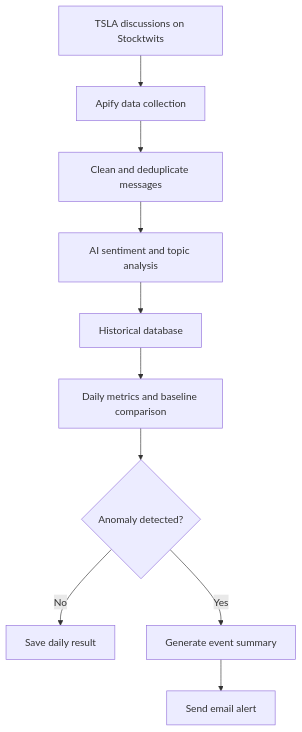
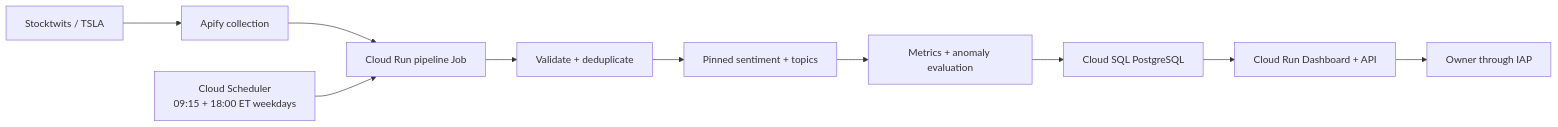
One commit to AndyChen227/StockPulse---V2 changed the first of 2 diagrams in README.md. Above: the diagram before and after it, drawn with Mermaid. The commit also changed other lines of this file and 8 other files, not shown here.

````diff
--- a/README.md
+++ b/README.md
@@ -55,12 +72,12 @@
 ```mermaid
-flowchart TD
-    A["TSLA discussions on Stocktwits"] --> B["Apify data collection"]
-    B --> C["Clean and deduplicate messages"]
-    C --> D["AI sentiment and topic analysis"]
-    D --> E["Historical database"]
-    E --> F["Daily metrics and baseline comparison"]
-    F --> G{"Anomaly detected?"}
-    G -- No --> H["Save daily result"]
-    G -- Yes --> I["Generate event summary"]
-    I --> J["Send email alert"]
+flowchart LR
+    A["Stocktwits / TSLA"] --> B["Apify collection"]
+    B --> C["Cloud Run pipeline Job"]
+    C --> D["Validate + deduplicate"]
+    D --> E["Pinned sentiment + topics"]
+    E --> F["Metrics + anomaly evaluation"]
+    F --> G["Cloud SQL PostgreSQL"]
+    G --> H["Cloud Run Dashboard + API"]
+    H --> I["Owner through IAP"]
+    J["Cloud Scheduler<br/>09:15 + 18:00 ET weekdays"] --> C
 ```
````
